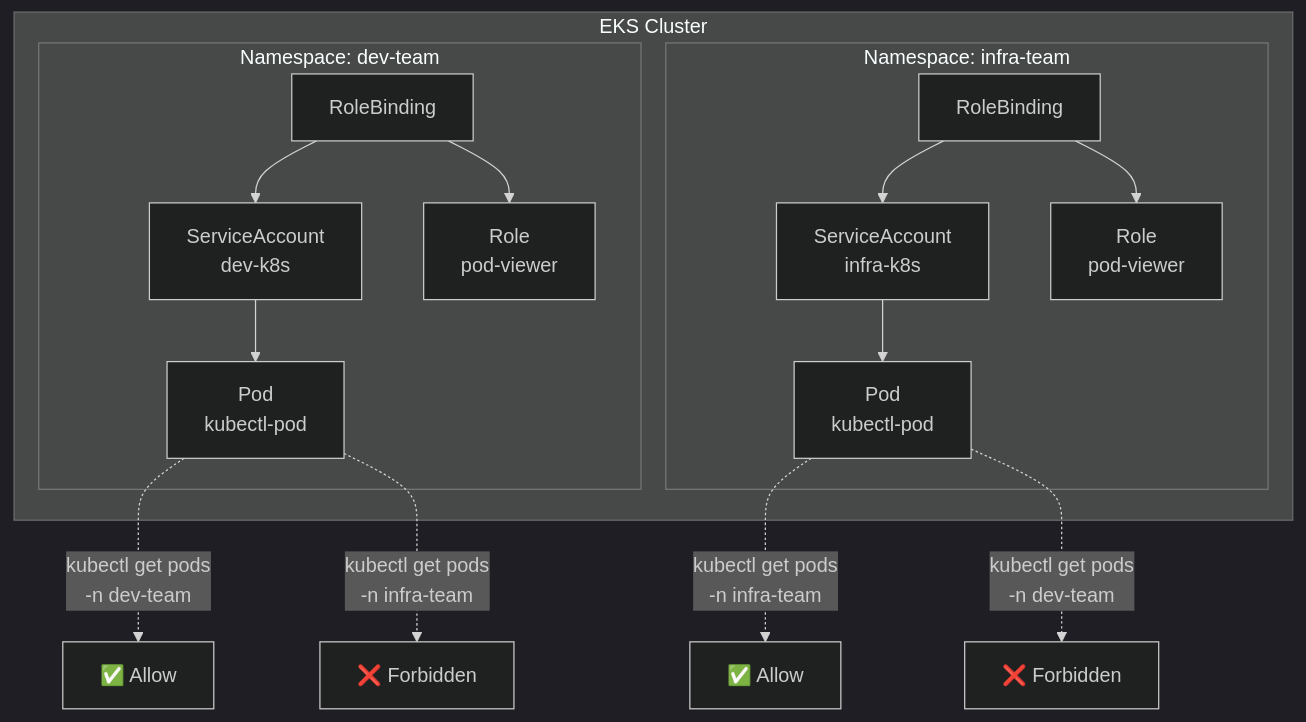
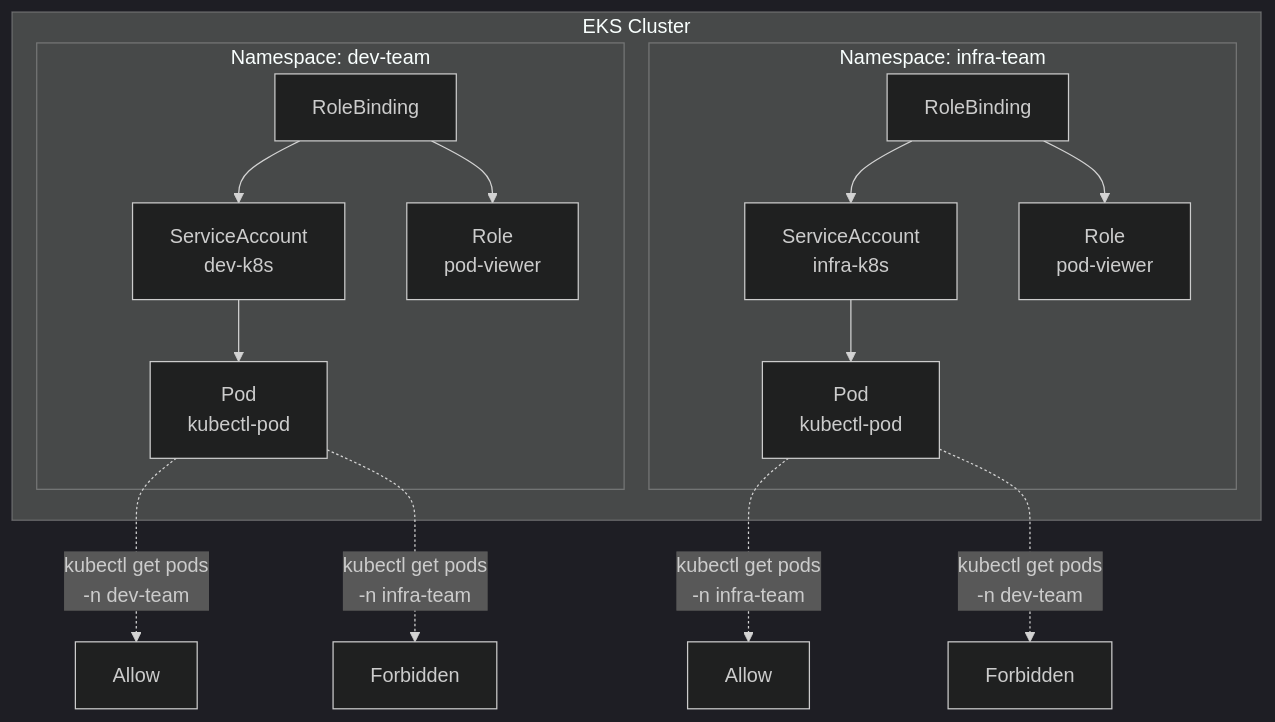
One commit to juwon8891/juwon8891.github.io changed diagram 13 of 16 in docs/eks/week4-authn-authz.md. Above: the diagram before and after it, drawn with Mermaid (dark theme). The commit also changed other lines of this file and 25 other files, not shown here.

````diff
--- a/docs/eks/week4-authn-authz.md
+++ b/docs/eks/week4-authn-authz.md
@@ -676,33 +685,33 @@
 ```mermaid
 graph TB
     subgraph EKS Cluster
         subgraph Namespace: dev-team
             SA1[ServiceAccount<br/>dev-k8s]
             Role1[Role<br/>pod-viewer]
             RB1[RoleBinding]
             Pod1[Pod<br/>kubectl-pod]
 
             SA1 --> Pod1
             RB1 --> SA1
             RB1 --> Role1
         end
 
         subgraph Namespace: infra-team
             SA2[ServiceAccount<br/>infra-k8s]
             Role2[Role<br/>pod-viewer]
             RB2[RoleBinding]
             Pod2[Pod<br/>kubectl-pod]
 
             SA2 --> Pod2
             RB2 --> SA2
             RB2 --> Role2
         end
     end
 
-    Pod1 -.->|kubectl get pods<br/>-n dev-team| Allow1[✅ Allow]
-    Pod1 -.->|kubectl get pods<br/>-n infra-team| Deny1[❌ Forbidden]
+    Pod1 -.->|kubectl get pods<br/>-n dev-team| Allow1[Allow]
+    Pod1 -.->|kubectl get pods<br/>-n infra-team| Deny1[Forbidden]
 
-    Pod2 -.->|kubectl get pods<br/>-n infra-team| Allow2[✅ Allow]
-    Pod2 -.->|kubectl get pods<br/>-n dev-team| Deny2[❌ Forbidden]
+    Pod2 -.->|kubectl get pods<br/>-n infra-team| Allow2[Allow]
+    Pod2 -.->|kubectl get pods<br/>-n dev-team| Deny2[Forbidden]
 
 ```
````
